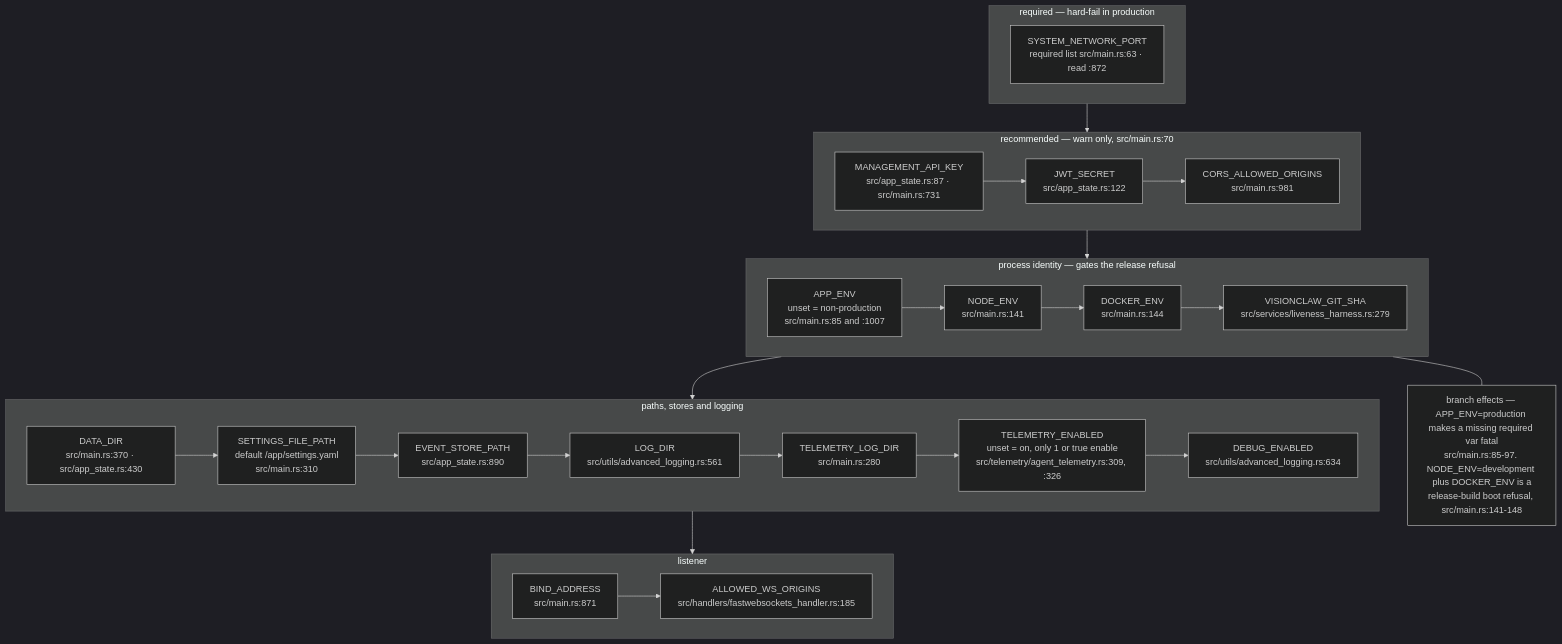
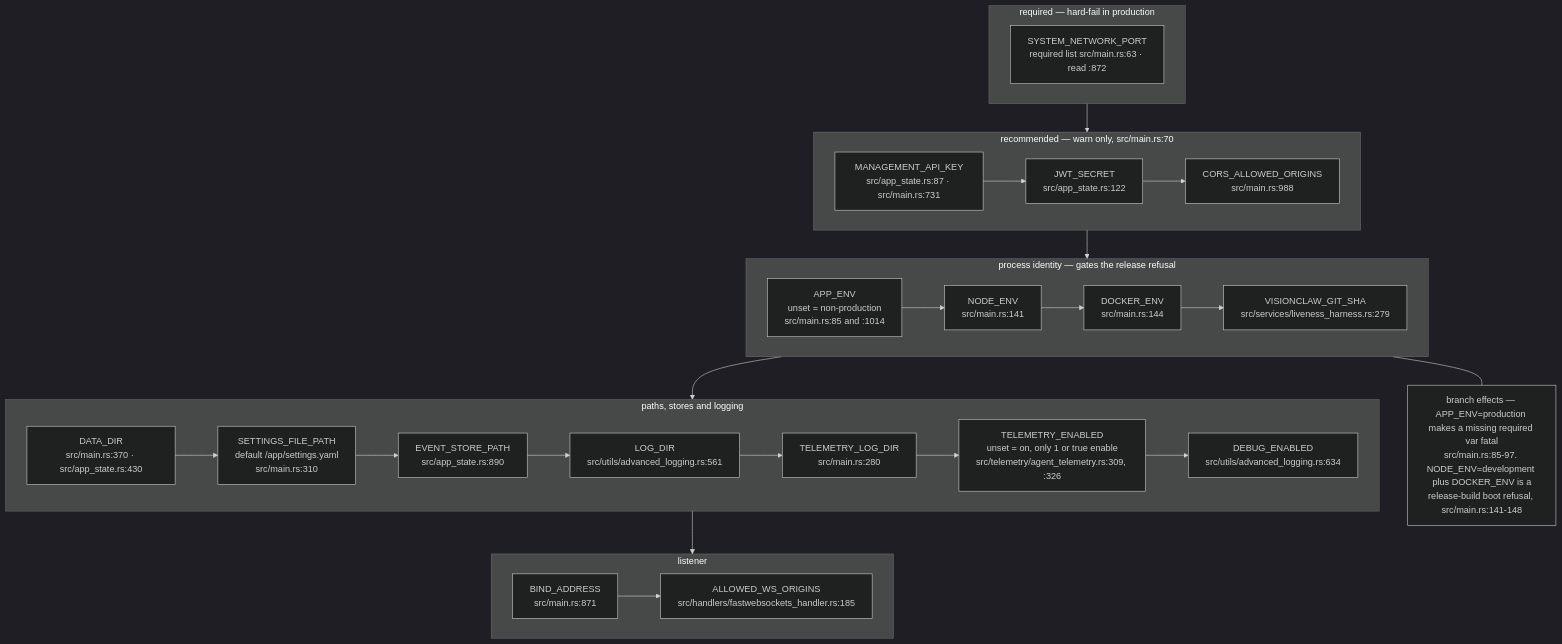
Before and after one commit to DreamLab-AI/VisionFlow: the eighth of 16 diagrams in docs/diagrams/visionclaw/09-config-and-env-flags.md, drawn with Mermaid (dark theme). The commit also changed other lines of this file and 56 other files, not shown here.

First line of the commit message:
docs(diagrams): re-verify VisionClaw topics at ec785afa9, add VC-19/56/57 and the VisionClaw register

````diff
--- a/docs/diagrams/visionclaw/09-config-and-env-flags.md
+++ b/docs/diagrams/visionclaw/09-config-and-env-flags.md
@@ -392,21 +403,21 @@
 ```mermaid
 flowchart TB
     subgraph REQ["required — hard-fail in production"]
         E1["SYSTEM_NETWORK_PORT<br/>required list src/main.rs:63 · read :872"]
     end
     subgraph RECO["recommended — warn only, src/main.rs:70"]
-        E2["MANAGEMENT_API_KEY<br/>src/app_state.rs:87 · src/main.rs:731"] --> E3["JWT_SECRET<br/>src/app_state.rs:122"] --> E4["CORS_ALLOWED_ORIGINS<br/>src/main.rs:981"]
+        E2["MANAGEMENT_API_KEY<br/>src/app_state.rs:87 · src/main.rs:731"] --> E3["JWT_SECRET<br/>src/app_state.rs:122"] --> E4["CORS_ALLOWED_ORIGINS<br/>src/main.rs:988"]
     end
     subgraph IDENT["process identity — gates the release refusal"]
-        E5["APP_ENV<br/>unset = non-production<br/>src/main.rs:85 and :1007"] --> E6["NODE_ENV<br/>src/main.rs:141"] --> E7["DOCKER_ENV<br/>src/main.rs:144"] --> E8["VISIONCLAW_GIT_SHA<br/>src/services/liveness_harness.rs:279"]
+        E5["APP_ENV<br/>unset = non-production<br/>src/main.rs:85 and :1014"] --> E6["NODE_ENV<br/>src/main.rs:141"] --> E7["DOCKER_ENV<br/>src/main.rs:144"] --> E8["VISIONCLAW_GIT_SHA<br/>src/services/liveness_harness.rs:279"]
     end
     subgraph PATHS["paths, stores and logging"]
         E9["DATA_DIR<br/>src/main.rs:370 · src/app_state.rs:430"] --> E10["SETTINGS_FILE_PATH<br/>default /app/settings.yaml<br/>src/main.rs:310"] --> E11["EVENT_STORE_PATH<br/>src/app_state.rs:890"] --> E12["LOG_DIR<br/>src/utils/advanced_logging.rs:561"] --> E13["TELEMETRY_LOG_DIR<br/>src/main.rs:280"] --> E13b["TELEMETRY_ENABLED<br/>unset = on, only 1 or true enable<br/>src/telemetry/agent_telemetry.rs:309, :326"] --> E14["DEBUG_ENABLED<br/>src/utils/advanced_logging.rs:634"]
     end
     subgraph BIND["listener"]
         E15["BIND_ADDRESS<br/>src/main.rs:871"] --> E16["ALLOWED_WS_ORIGINS<br/>src/handlers/fastwebsockets_handler.rs:185"]
     end
     REQ --> RECO --> IDENT --> PATHS --> BIND
     N["branch effects — APP_ENV=production makes a missing required var fatal<br/>src/main.rs:85-97. NODE_ENV=development plus DOCKER_ENV is a<br/>release-build boot refusal, src/main.rs:141-148"]
     IDENT --- N
 ```
````
